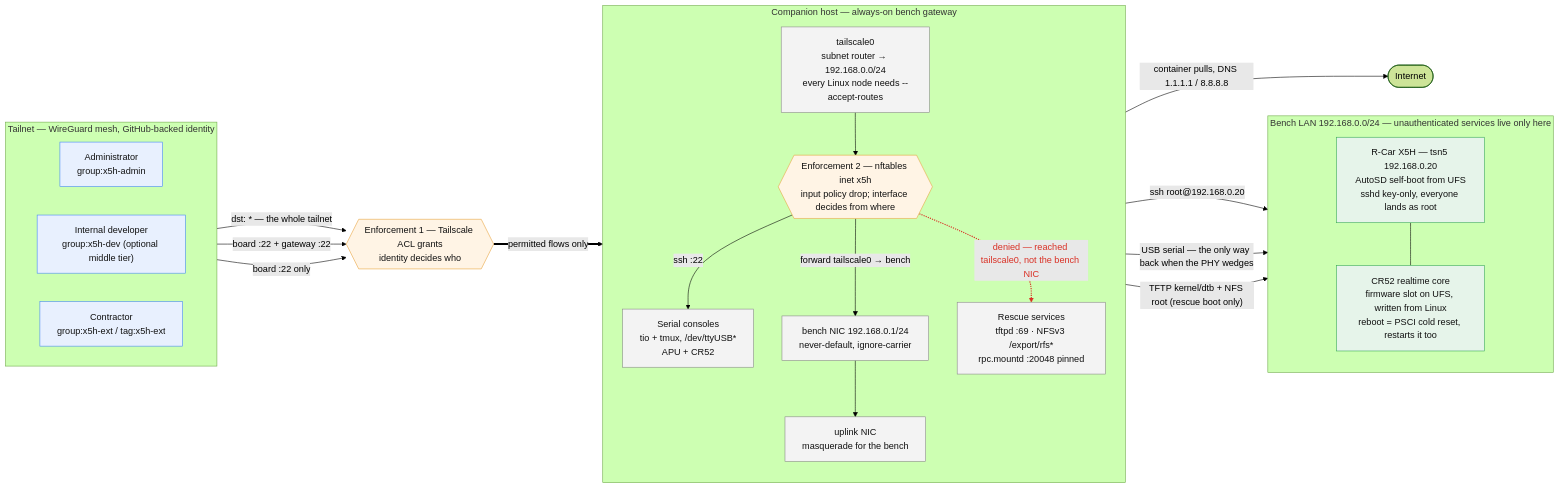
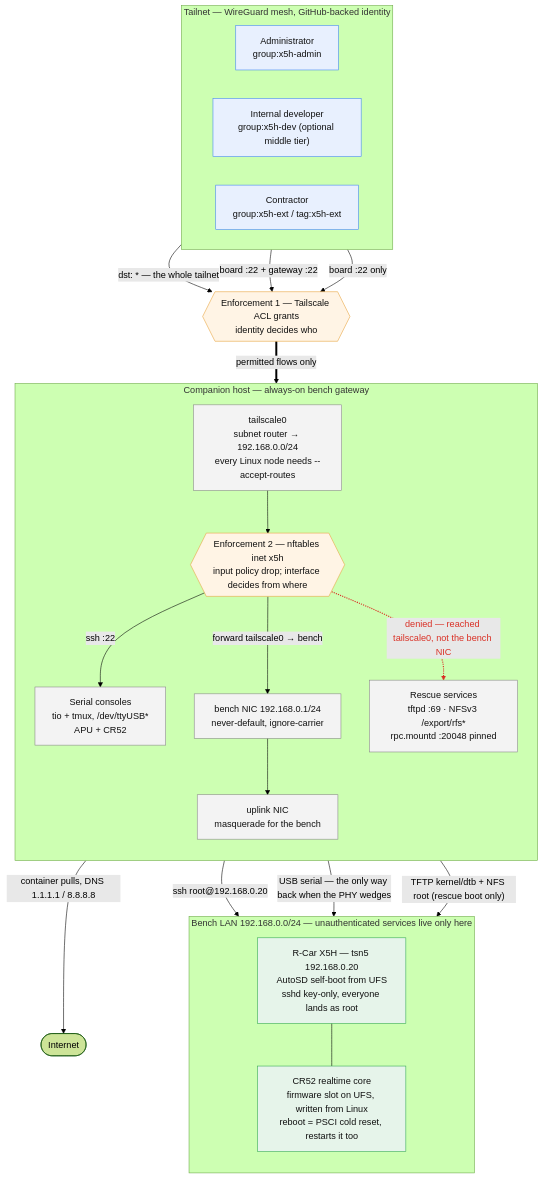
The first of 2 diagrams in platforms/autosd/x5h/companion-host.md (youtalk/openadkit), drawn with Mermaid (forest theme) before and after one commit.

Commit message:
docs(x5h): lay the topology diagram out vertically
Top-to-bottom matches how the document reads and how the page scrolls:
tailnet, then the gateway, then the bench. The horizontal version was
2184px wide and shrank to unreadable in a narrow column.

````diff
--- a/platforms/autosd/x5h/companion-host.md
+++ b/platforms/autosd/x5h/companion-host.md
@@ -34,54 +34,54 @@
 ```mermaid
-flowchart LR
+flowchart TB
   subgraph TAILNET["Tailnet — WireGuard mesh, GitHub-backed identity"]
     direction LR
     ADMIN["Administrator<br/>group:x5h-admin"]
     DEV["Internal developer<br/>group:x5h-dev (optional middle tier)"]
     EXT["Contractor<br/>group:x5h-ext / tag:x5h-ext"]
   end
 
   ACL{{"Enforcement 1 — Tailscale ACL grants<br/>identity decides who"}}
 
   ADMIN -- "dst: * — the whole tailnet" --> ACL
   DEV -- "board :22 + gateway :22" --> ACL
   EXT -- "board :22 only" --> ACL
 
   subgraph COMPANION["Companion host — always-on bench gateway"]
     direction TB
     TS0["tailscale0<br/>subnet router → 192.168.0.0/24<br/>every Linux node needs --accept-routes"]
     NFT{{"Enforcement 2 — nftables inet x5h<br/>input policy drop; interface decides from where"}}
     SERIAL["Serial consoles<br/>tio + tmux, /dev/ttyUSB*<br/>APU + CR52"]
     BIF["bench NIC 192.168.0.1/24<br/>never-default, ignore-carrier"]
     RESCUE["Rescue services<br/>tftpd :69 · NFSv3 /export/rfs*<br/>rpc.mountd :20048 pinned"]
     UPLINK["uplink NIC<br/>masquerade for the bench"]
     TS0 --> NFT
     NFT -- "ssh :22" --> SERIAL
     NFT -- "forward tailscale0 → bench" --> BIF
     NFT -. "denied — reached tailscale0, not the bench NIC" .-> RESCUE
     BIF --> UPLINK
   end
 
   ACL == "permitted flows only" ==> TS0
 
   subgraph BENCH["Bench LAN 192.168.0.0/24 — unauthenticated services live only here"]
     direction TB
     BOARD["R-Car X5H — tsn5 192.168.0.20<br/>AutoSD self-boot from UFS<br/>sshd key-only, everyone lands as root"]
     CR52["CR52 realtime core<br/>firmware slot on UFS, written from Linux<br/>reboot = PSCI cold reset, restarts it too"]
     BOARD --- CR52
   end
 
   BIF -- "ssh root@192.168.0.20" --> BOARD
   SERIAL -- "USB serial — the only way back when the PHY wedges" --> BOARD
   RESCUE -- "TFTP kernel/dtb + NFS root (rescue boot only)" --> BOARD
   UPLINK -- "container pulls, DNS 1.1.1.1 / 8.8.8.8" --> NET(["Internet"])
 
   classDef tier fill:#e8f0fe,stroke:#4285f4,color:#111
   classDef gate fill:#fff4e5,stroke:#e8a33d,color:#111
   classDef host fill:#f3f3f3,stroke:#888,color:#111
   classDef board fill:#e6f4ea,stroke:#34a853,color:#111
   class ADMIN,DEV,EXT tier
   class ACL,NFT gate
   class TS0,SERIAL,BIF,RESCUE,UPLINK host
   class BOARD,CR52 board
   linkStyle 6 stroke:#d93025,stroke-width:2px,color:#d93025
 ```
````
